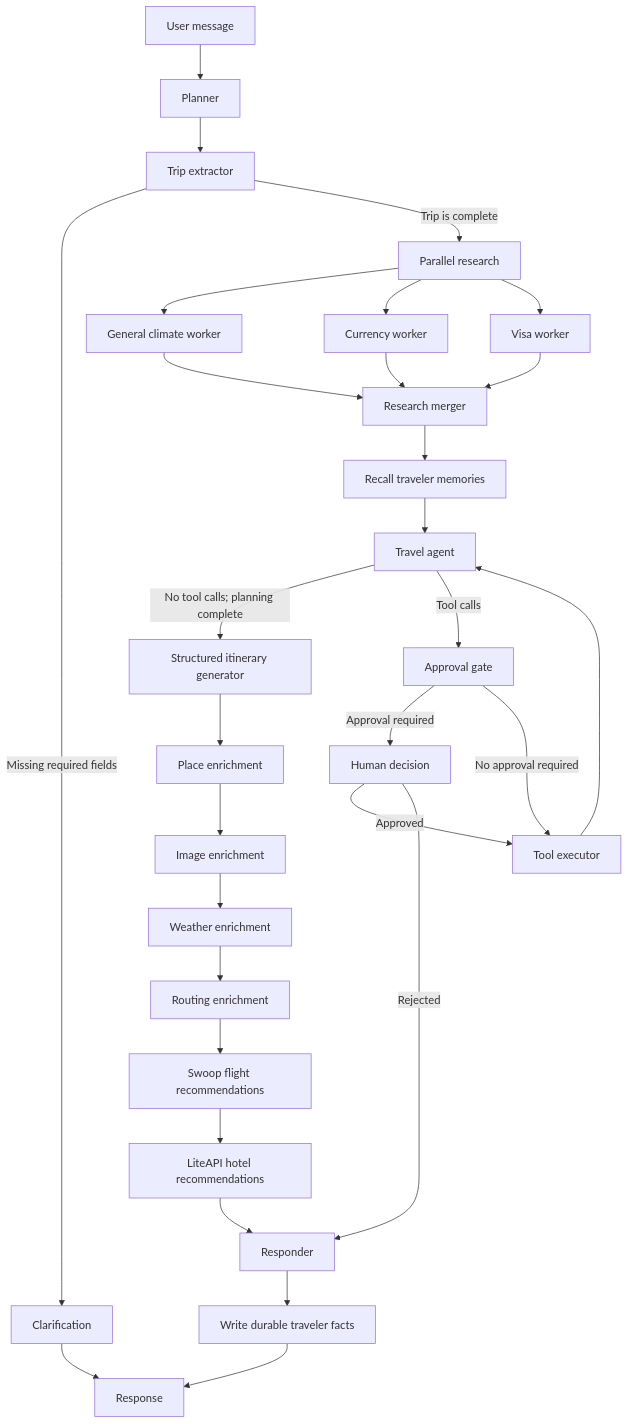
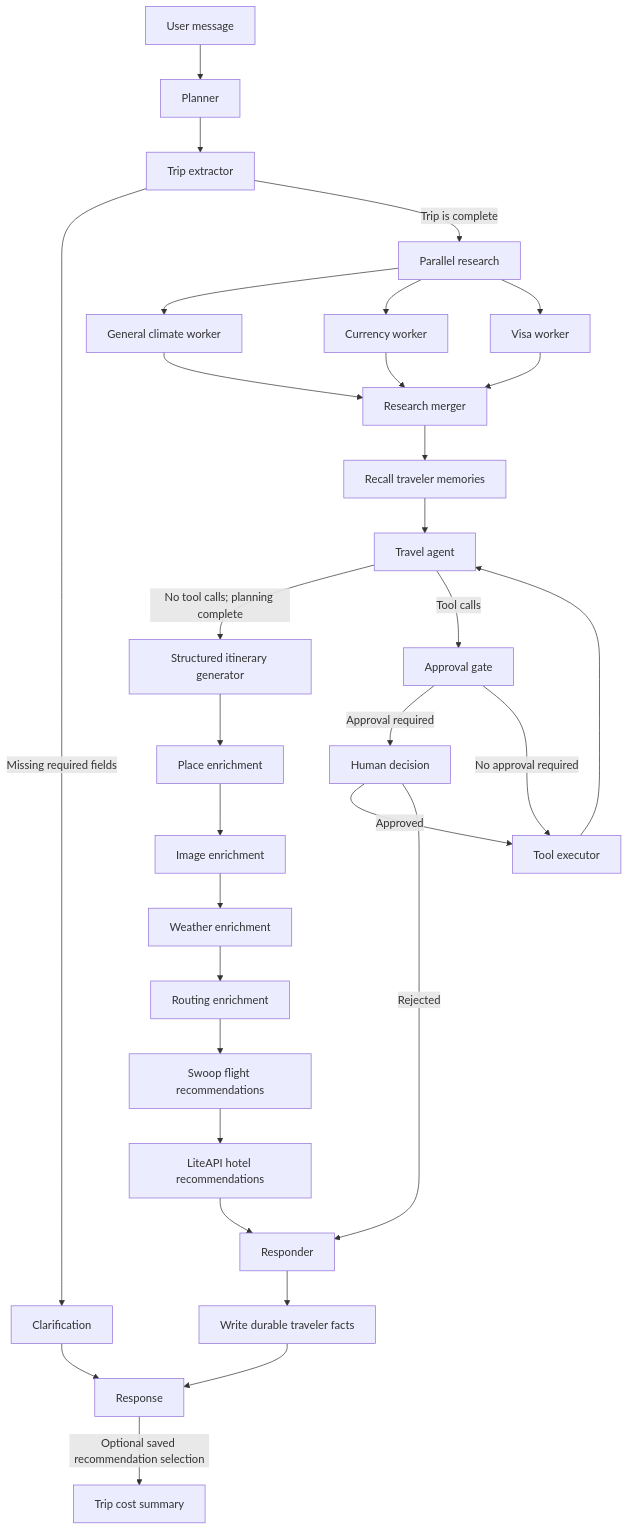
The first of 2 diagrams in README.md (NaimurRahmannn/TravelAI-Agent-v2-LangGraph), drawn with Mermaid before and after one commit. The commit also changed other lines of this file and 41 other files, not shown here.

Commit message:
feat: feat: add saved travel selection and trip cost summary

````diff
--- a/README.md
+++ b/README.md
@@ -62,32 +63,33 @@
 ```mermaid
 flowchart TD
     A[User message] --> B[Planner]
     B --> C[Trip extractor]
     C -->|Missing required fields| D[Clarification]
     C -->|Trip is complete| E[Parallel research]
     E --> E1[General climate worker]
     E --> E2[Currency worker]
     E --> E3[Visa worker]
     E1 --> F[Research merger]
     E2 --> F
     E3 --> F
     F --> N[Recall traveler memories]
     N --> G[Travel agent]
     G -->|No tool calls; planning complete| P[Structured itinerary generator]
     G -->|Tool calls| I[Approval gate]
     I -->|Approval required| J[Human decision]
     I -->|No approval required| K[Tool executor]
     J -->|Approved| K
     J -->|Rejected| L[Responder]
     K --> G
     P --> Q[Place enrichment]
     Q --> R[Image enrichment]
     R --> W[Weather enrichment]
     W --> T[Routing enrichment]
     T --> U[Swoop flight recommendations]
     U --> V[LiteAPI hotel recommendations]
     V --> L
     D --> M[Response]
     L --> O[Write durable traveler facts]
     O --> M
+    M -->|Optional saved recommendation selection| X[Trip cost summary]
 ```
````
